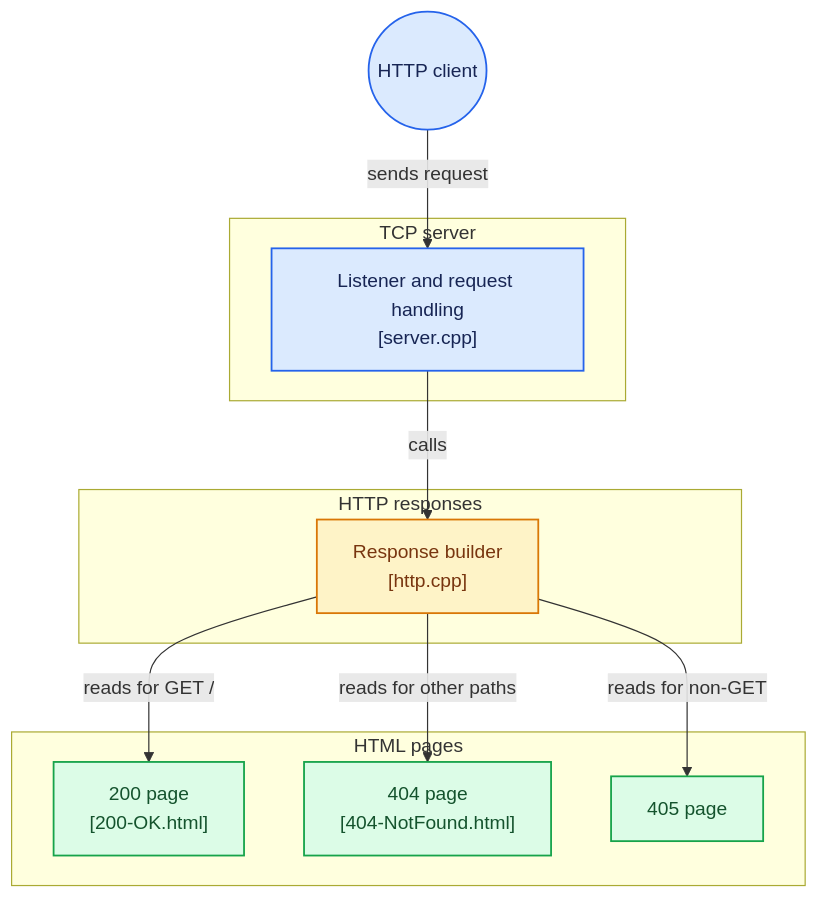
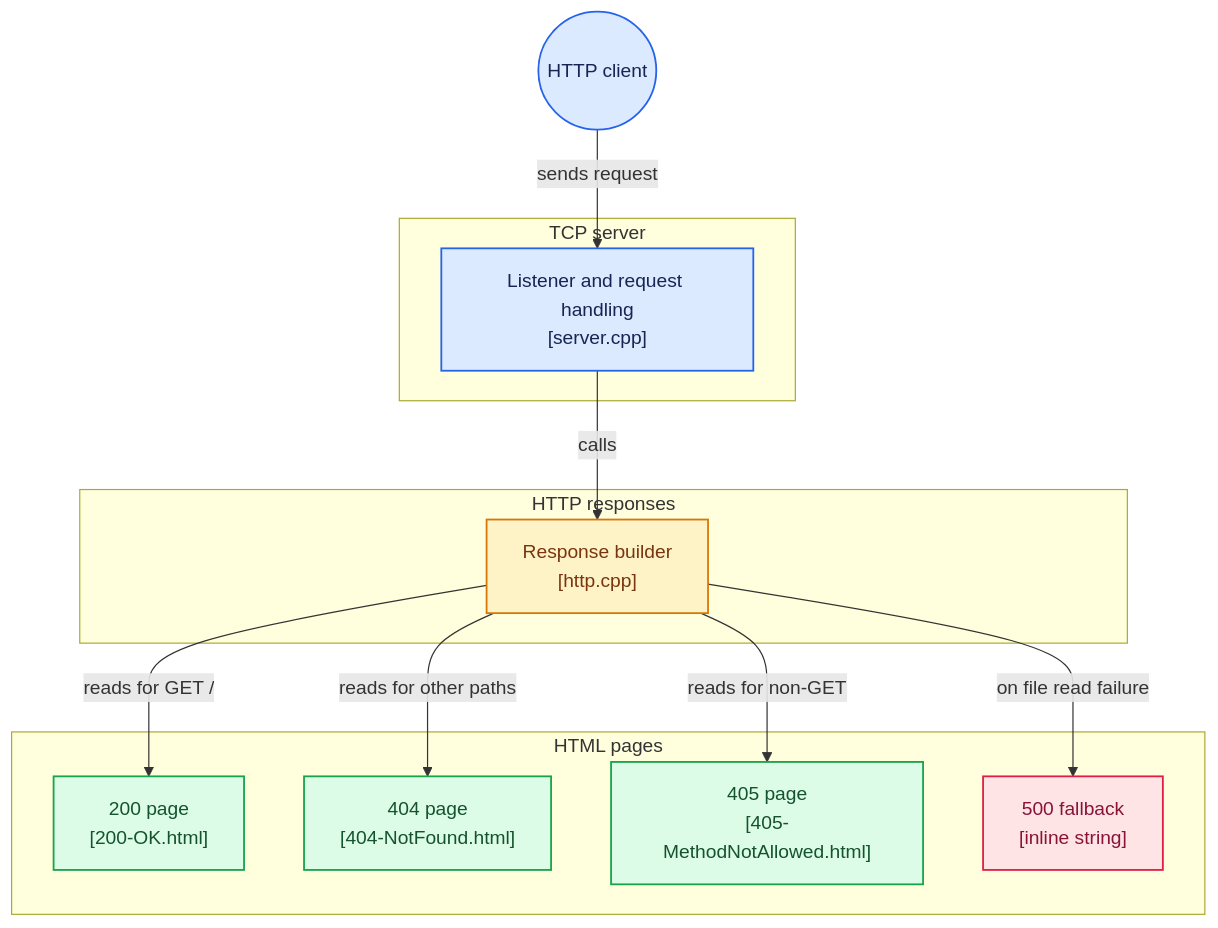
One commit to nassim-hmdii/http_server changed the diagram in README.md. Above: the diagram before and after it, drawn with Mermaid.

Commit message:
Fix 505 architecture diagram in README

````diff
--- a/README.md
+++ b/README.md
@@ -79,43 +79,47 @@
 ```mermaid
 %% Generated by https://gitdiagram.com/nassim-hmdii/http_server
 flowchart TD
 
 subgraph group_server["TCP server"]
   node_listener["Listener and request handling<br/>[server.cpp]"]
 end
 
 subgraph group_http["HTTP responses"]
   node_builder["Response builder<br/>[http.cpp]"]
 end
 
 subgraph group_pages["HTML pages"]
   node_ok_page["200 page<br/>[200-OK.html]"]
   node_not_found_page["404 page<br/>[404-NotFound.html]"]
-  node_method_page["405 page"]
+  node_method_page["405 page<br/>[405-MethodNotAllowed.html]"]
+  node_500["500 fallback<br/>[inline string]"]
 end
 
 node_client(("HTTP client"))
 
 node_client -->|"sends request"| node_listener
 node_listener -->|"calls"| node_builder
 node_builder -->|"reads for GET /"| node_ok_page
 node_builder -->|"reads for other paths"| node_not_found_page
 node_builder -->|"reads for non-GET"| node_method_page
+node_builder -->|"on file read failure"| node_500
 
 click node_listener "https://github.com/nassim-hmdii/http_server/blob/main/src/server.cpp"
 click node_builder "https://github.com/nassim-hmdii/http_server/blob/main/src/http.cpp"
 click node_ok_page "https://github.com/nassim-hmdii/http_server/blob/main/public/200-OK.html"
 click node_not_found_page "https://github.com/nassim-hmdii/http_server/blob/main/public/404-NotFound.html"
 click node_method_page "https://github.com/nassim-hmdii/http_server/blob/main/public/405-MethodNotAllowed.html"
+
 
 classDef toneNeutral fill:#f8fafc,stroke:#334155,stroke-width:1.5px,color:#0f172a
 classDef toneBlue fill:#dbeafe,stroke:#2563eb,stroke-width:1.5px,color:#172554
 classDef toneAmber fill:#fef3c7,stroke:#d97706,stroke-width:1.5px,color:#78350f
 classDef toneMint fill:#dcfce7,stroke:#16a34a,stroke-width:1.5px,color:#14532d
 classDef toneRose fill:#ffe4e6,stroke:#e11d48,stroke-width:1.5px,color:#881337
 classDef toneIndigo fill:#e0e7ff,stroke:#4f46e5,stroke-width:1.5px,color:#312e81
 classDef toneTeal fill:#ccfbf1,stroke:#0f766e,stroke-width:1.5px,color:#134e4a
 class node_listener,node_client toneBlue
 class node_builder toneAmber
 class node_ok_page,node_not_found_page,node_method_page toneMint
+class node_500 toneRose
 ```
````
